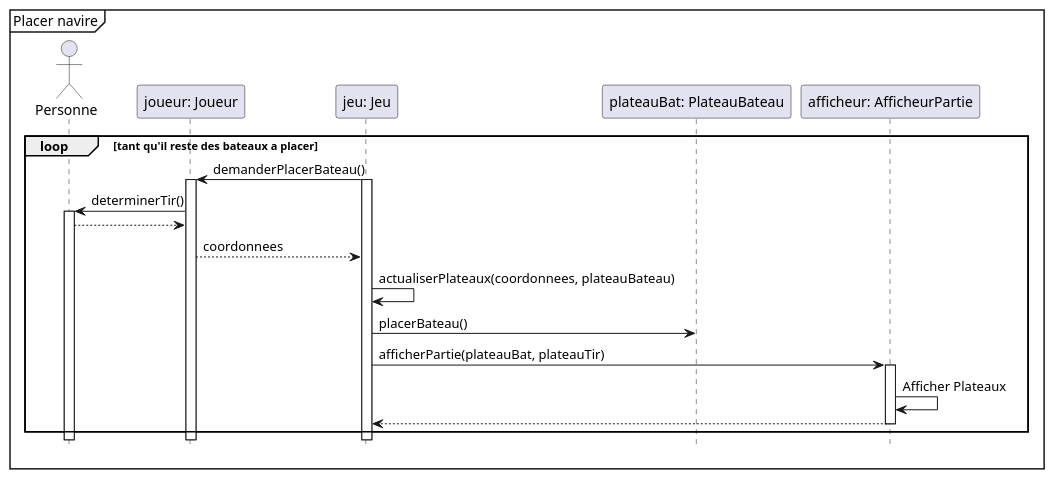
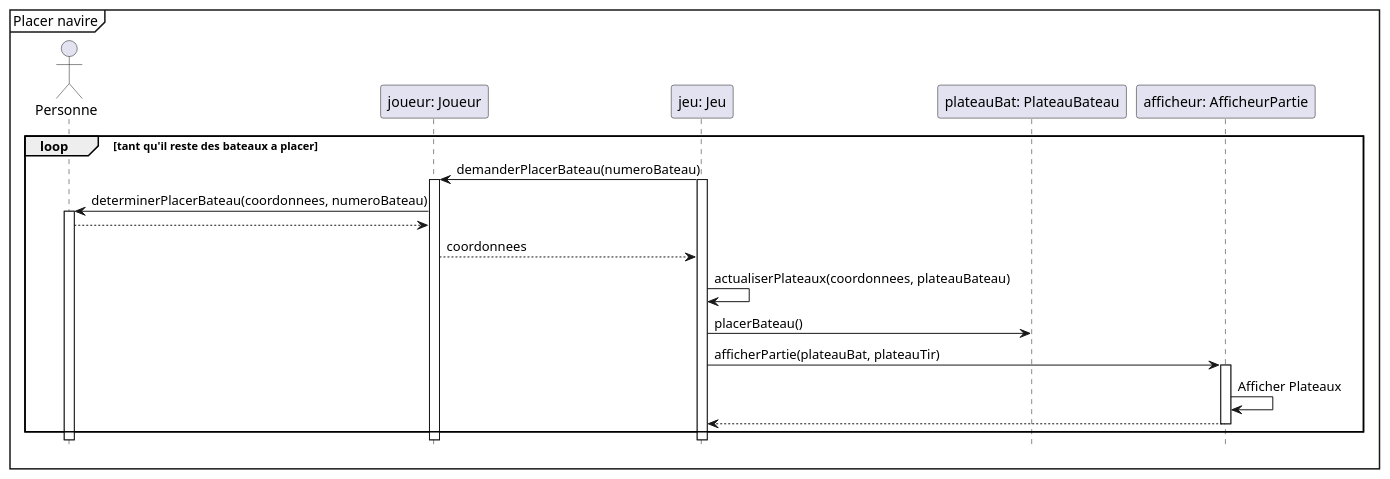
One commit to Patroklos99/5153_TP2-Battleship-AI-Pattern-Conception_Engineering2 changed the diagram in diagrammes_conception/diagrammes_patrons/sequence_template_method_2.puml. Above: the diagram before and after it, drawn with PlantUML. The commit also changed 1 other file, not shown here.

Commit message:
Modification des diagrammes pour le patron template method

```diff
--- a/diagrammes_conception/diagrammes_patrons/sequence_template_method_2.puml
+++ b/diagrammes_conception/diagrammes_patrons/sequence_template_method_2.puml
@@ -1,30 +1,30 @@
 @startuml
 'https://plantuml.com/sequence-diagram
 hide footbox
 mainframe Placer navire
 
 actor Personne as personne
 participant "joueur: Joueur" as joueur
 participant "jeu: Jeu" as Jeu
 participant "plateauBat: PlateauBateau" as platBat
 participant "afficheur: AfficheurPartie" as AfficheurPartie
 
 
 
 loop tant qu'il reste des bateaux a placer
-Jeu -> joueur : demanderPlacerBateau()
+Jeu -> joueur : demanderPlacerBateau(numeroBateau)
 activate Jeu
 activate joueur
-joueur -> personne : determinerTir()
+joueur -> personne : determinerPlacerBateau(coordonnees, numeroBateau)
 activate personne
 personne --> joueur
 joueur --> Jeu : coordonnees
 Jeu -> Jeu : actualiserPlateaux(coordonnees, plateauBateau)
 Jeu -> platBat : placerBateau()
 Jeu -> AfficheurPartie : afficherPartie(plateauBat, plateauTir)
 activate AfficheurPartie
 AfficheurPartie -> AfficheurPartie: Afficher Plateaux
 AfficheurPartie --> Jeu
 deactivate AfficheurPartie
 end
 @enduml
```
